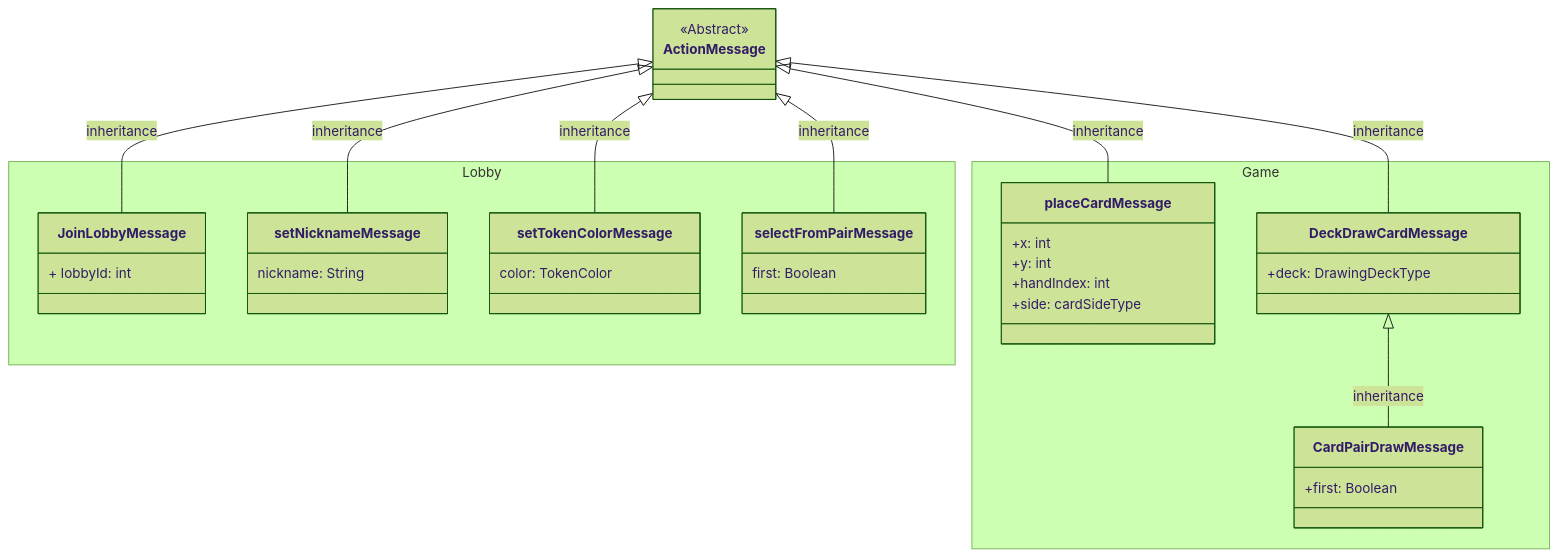
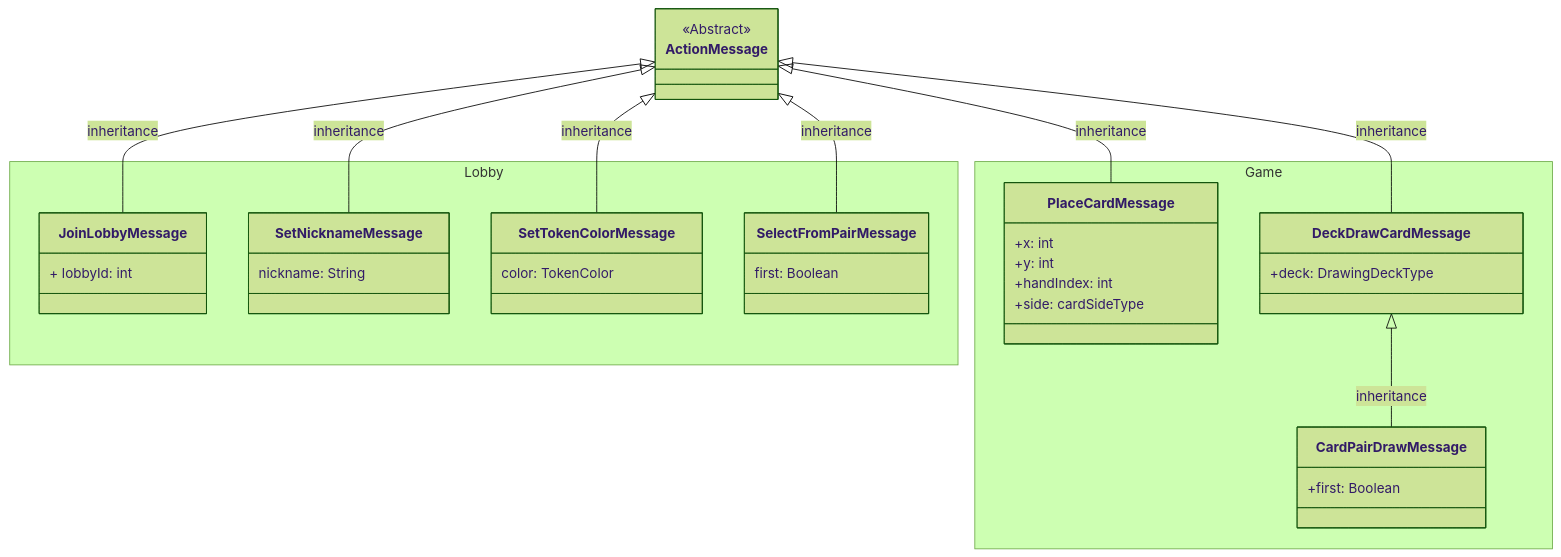
The fourth of 6 diagrams in documentation_wip/messages.md (frephs/IS24-AM21), drawn with Mermaid (forest theme) before and after one commit. The commit also changed other lines of this file, not shown here.

````diff
--- a/documentation_wip/messages.md
+++ b/documentation_wip/messages.md
@@ -163,56 +163,56 @@
 ```mermaid
 classDiagram
     class ActionMessage {
         <<Abstract>> 
     }
 
     namespace Lobby{
         class JoinLobbyMessage {
         + lobbyId: int
         }
 
-        class setNicknameMessage{
+        class SetNicknameMessage{
             nickname: String
         }
 
-        class setTokenColorMessage {
+        class SetTokenColorMessage {
             color: TokenColor
         }
 
         
-        class selectFromPairMessage {
+        class SelectFromPairMessage {
             first: Boolean
         }
     
     }
 
     ActionMessage <|-- JoinLobbyMessage : inheritance
-    ActionMessage <|-- setNicknameMessage : inheritance
-    ActionMessage <|-- setTokenColorMessage : inheritance
-    ActionMessage <|-- selectFromPairMessage: inheritance
+    ActionMessage <|-- SetNicknameMessage : inheritance
+    ActionMessage <|-- SetTokenColorMessage : inheritance
+    ActionMessage <|-- SelectFromPairMessage: inheritance
 
     namespace Game{
     
-    class placeCardMessage{
+    class PlaceCardMessage{
         +x: int
         +y: int
         +handIndex: int 
         +side: cardSideType 
     }
 
     class DeckDrawCardMessage{
         +deck: DrawingDeckType
     }
 
     class CardPairDrawMessage {
         +first: Boolean
 
     }
     }
     
-    ActionMessage <|-- placeCardMessage: inheritance
+    ActionMessage <|-- PlaceCardMessage: inheritance
     ActionMessage <|-- DeckDrawCardMessage: inheritance
 
     DeckDrawCardMessage <|-- CardPairDrawMessage  : inheritance
 
 ```
````
